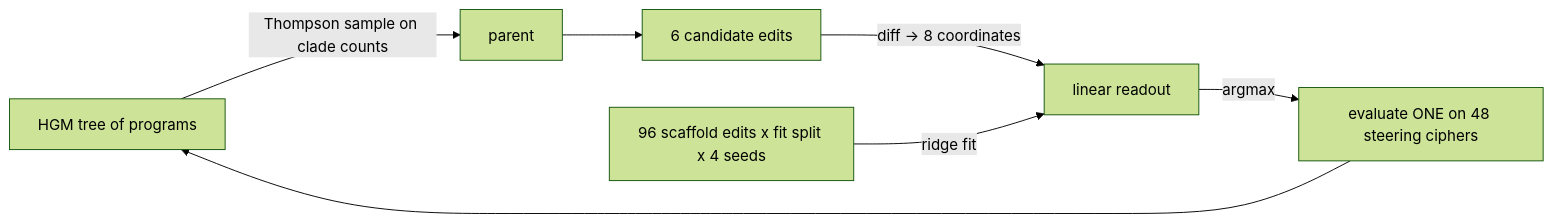
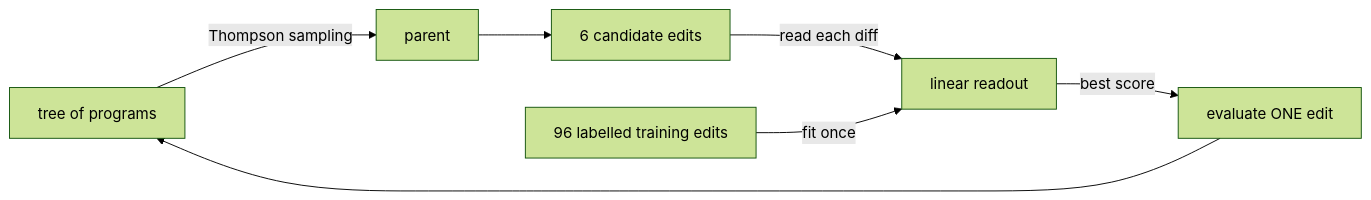
Before and after one commit to nitishsjsucs/rsi-research-studio-assignment-5: the first of 4 diagrams in README.md, drawn with Mermaid (forest theme). The commit also changed other lines of this file, not shown here.

````diff
--- a/README.md
+++ b/README.md
@@ -96,9 +145,9 @@
 ```mermaid
 flowchart LR
-    T[HGM tree of programs] -->|Thompson sample on clade counts| P[parent]
+    T[tree of programs] -->|Thompson sampling| P[parent]
     P --> K[6 candidate edits]
-    K -->|diff -> 8 coordinates| R[linear readout]
-    R -->|argmax| E[evaluate ONE on 48 steering ciphers]
+    K -->|read each diff| R[linear readout]
+    R -->|best score| E[evaluate ONE edit]
     E --> T
-    S[96 scaffold edits x fit split x 4 seeds] -->|ridge fit| R
+    S[96 labelled training edits] -->|fit once| R
 ```
````
